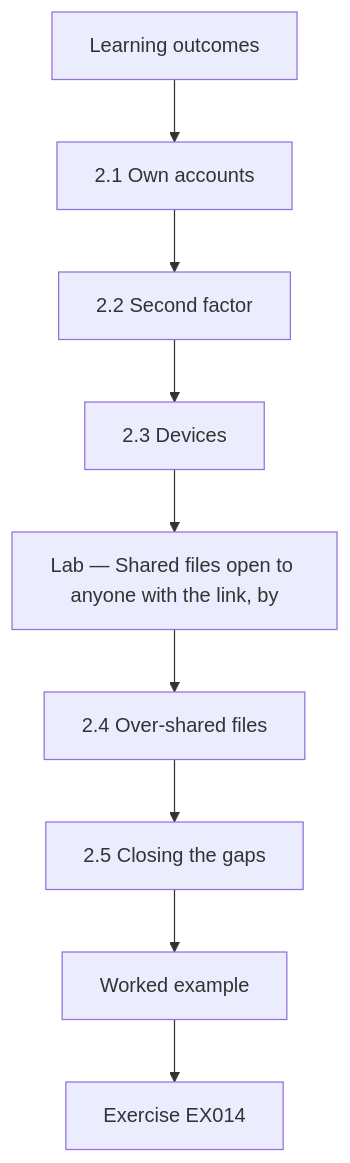
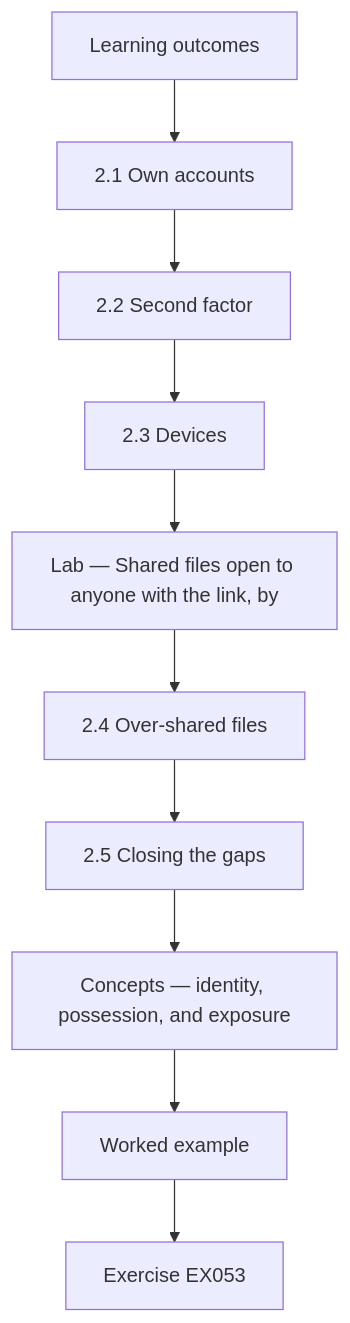
Before and after one commit to hiagokinlevi/CyKin: the fourth of 12 diagrams in levels/rapid-1-month/information-security/en/book/MANUSCRIPT.md, drawn with Mermaid. The commit also changed other lines of this file and 1 other file, not shown here.

````diff
--- a/levels/rapid-1-month/information-security/en/book/MANUSCRIPT.md
+++ b/levels/rapid-1-month/information-security/en/book/MANUSCRIPT.md
@@ -162,13 +226,14 @@
 ```mermaid
 flowchart TD
   N0["Learning outcomes"]
   N1["2.1 Own accounts"]
   N2["2.2 Second factor"]
   N3["2.3 Devices"]
   N4["Lab — Shared files open to anyone with the link, by"]
   N5["2.4 Over-shared files"]
   N6["2.5 Closing the gaps"]
-  N0 --> N1 --> N2 --> N3 --> N4 --> N5 --> N6
-  N6 --> EX["Worked example"]
-  EX --> Q["Exercise EX014"]
+  N7["Concepts — identity, possession, and exposure"]
+  N0 --> N1 --> N2 --> N3 --> N4 --> N5 --> N6 --> N7
+  N7 --> EX["Worked example"]
+  EX --> Q["Exercise EX053"]
 ```
````
